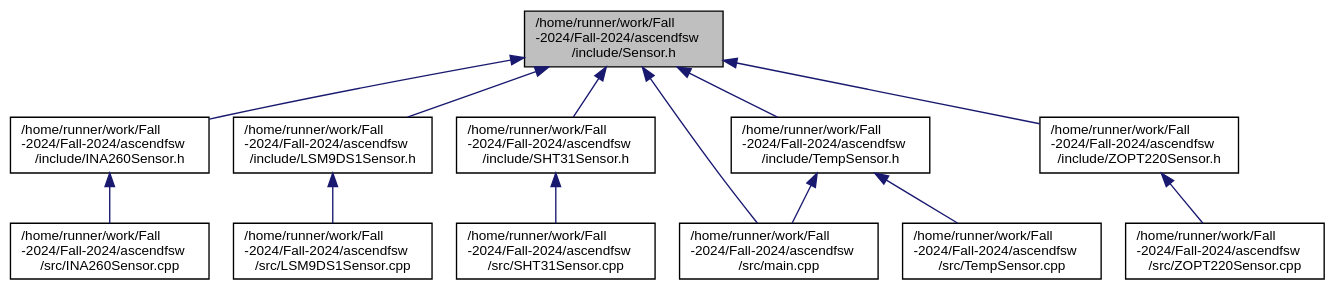
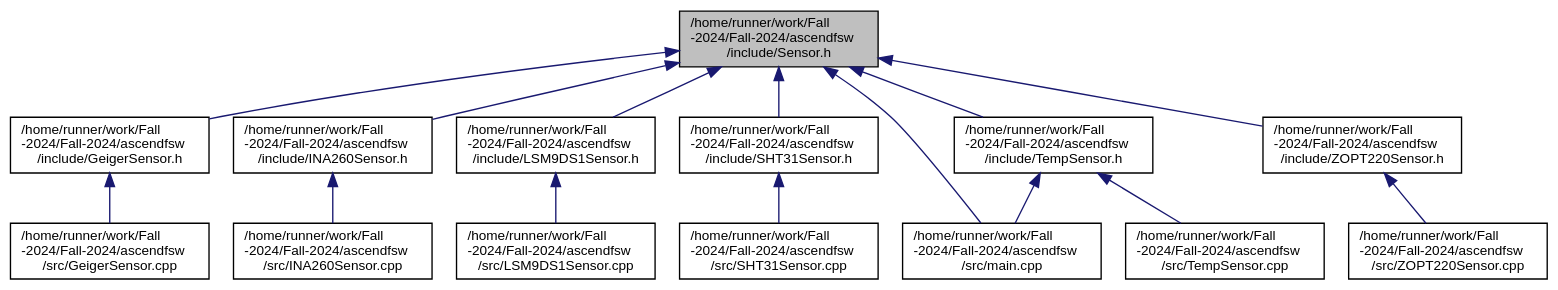
The diagram in docs/Sensor_8h__dep__incl.dot (ASU-ASCEND/Fall-2024), drawn with Graphviz before and after one commit. The commit also changed 78 other files, not shown here.

```diff
--- a/docs/Sensor_8h__dep__incl.dot
+++ b/docs/Sensor_8h__dep__incl.dot
@@ -1,32 +1,36 @@
 digraph "/home/runner/work/Fall-2024/Fall-2024/ascendfsw/include/Sensor.h"
 {
  // INTERACTIVE_SVG=YES
  // LATEX_PDF_SIZE
   bgcolor="transparent";
   edge [fontname="Helvetica",fontsize="10",labelfontname="Helvetica",labelfontsize="10"];
   node [fontname="Helvetica",fontsize="10",shape=record];
   Node1 [label="/home/runner/work/Fall\l-2024/Fall-2024/ascendfsw\l/include/Sensor.h",height=0.2,width=0.4,color="black", fillcolor="grey75", style="filled", fontcolor="black",tooltip=" "];
   Node1 -> Node2 [dir="back",color="midnightblue",fontsize="10",style="solid",fontname="Helvetica"];
-  Node2 [label="/home/runner/work/Fall\l-2024/Fall-2024/ascendfsw\l/include/INA260Sensor.h",height=0.2,width=0.4,color="black",URL="$INA260Sensor_8h.html",tooltip=" "];
+  Node2 [label="/home/runner/work/Fall\l-2024/Fall-2024/ascendfsw\l/include/GeigerSensor.h",height=0.2,width=0.4,color="black",URL="$GeigerSensor_8h.html",tooltip=" "];
   Node2 -> Node3 [dir="back",color="midnightblue",fontsize="10",style="solid",fontname="Helvetica"];
-  Node3 [label="/home/runner/work/Fall\l-2024/Fall-2024/ascendfsw\l/src/INA260Sensor.cpp",height=0.2,width=0.4,color="black",URL="$INA260Sensor_8cpp.html",tooltip=" "];
+  Node3 [label="/home/runner/work/Fall\l-2024/Fall-2024/ascendfsw\l/src/GeigerSensor.cpp",height=0.2,width=0.4,color="black",URL="$GeigerSensor_8cpp.html",tooltip=" "];
   Node1 -> Node4 [dir="back",color="midnightblue",fontsize="10",style="solid",fontname="Helvetica"];
-  Node4 [label="/home/runner/work/Fall\l-2024/Fall-2024/ascendfsw\l/include/LSM9DS1Sensor.h",height=0.2,width=0.4,color="black",URL="$LSM9DS1Sensor_8h.html",tooltip=" "];
+  Node4 [label="/home/runner/work/Fall\l-2024/Fall-2024/ascendfsw\l/include/INA260Sensor.h",height=0.2,width=0.4,color="black",URL="$INA260Sensor_8h.html",tooltip=" "];
   Node4 -> Node5 [dir="back",color="midnightblue",fontsize="10",style="solid",fontname="Helvetica"];
-  Node5 [label="/home/runner/work/Fall\l-2024/Fall-2024/ascendfsw\l/src/LSM9DS1Sensor.cpp",height=0.2,width=0.4,color="black",URL="$LSM9DS1Sensor_8cpp.html",tooltip=" "];
+  Node5 [label="/home/runner/work/Fall\l-2024/Fall-2024/ascendfsw\l/src/INA260Sensor.cpp",height=0.2,width=0.4,color="black",URL="$INA260Sensor_8cpp.html",tooltip=" "];
   Node1 -> Node6 [dir="back",color="midnightblue",fontsize="10",style="solid",fontname="Helvetica"];
-  Node6 [label="/home/runner/work/Fall\l-2024/Fall-2024/ascendfsw\l/include/SHT31Sensor.h",height=0.2,width=0.4,color="black",URL="$SHT31Sensor_8h.html",tooltip=" "];
+  Node6 [label="/home/runner/work/Fall\l-2024/Fall-2024/ascendfsw\l/include/LSM9DS1Sensor.h",height=0.2,width=0.4,color="black",URL="$LSM9DS1Sensor_8h.html",tooltip=" "];
   Node6 -> Node7 [dir="back",color="midnightblue",fontsize="10",style="solid",fontname="Helvetica"];
-  Node7 [label="/home/runner/work/Fall\l-2024/Fall-2024/ascendfsw\l/src/SHT31Sensor.cpp",height=0.2,width=0.4,color="black",URL="$SHT31Sensor_8cpp.html",tooltip=" "];
+  Node7 [label="/home/runner/work/Fall\l-2024/Fall-2024/ascendfsw\l/src/LSM9DS1Sensor.cpp",height=0.2,width=0.4,color="black",URL="$LSM9DS1Sensor_8cpp.html",tooltip=" "];
   Node1 -> Node8 [dir="back",color="midnightblue",fontsize="10",style="solid",fontname="Helvetica"];
-  Node8 [label="/home/runner/work/Fall\l-2024/Fall-2024/ascendfsw\l/include/TempSensor.h",height=0.2,width=0.4,color="black",URL="$TempSensor_8h.html",tooltip=" "];
+  Node8 [label="/home/runner/work/Fall\l-2024/Fall-2024/ascendfsw\l/include/SHT31Sensor.h",height=0.2,width=0.4,color="black",URL="$SHT31Sensor_8h.html",tooltip=" "];
   Node8 -> Node9 [dir="back",color="midnightblue",fontsize="10",style="solid",fontname="Helvetica"];
-  Node9 [label="/home/runner/work/Fall\l-2024/Fall-2024/ascendfsw\l/src/main.cpp",height=0.2,width=0.4,color="black",URL="$main_8cpp.html",tooltip=" "];
-  Node8 -> Node10 [dir="back",color="midnightblue",fontsize="10",style="solid",fontname="Helvetica"];
-  Node10 [label="/home/runner/work/Fall\l-2024/Fall-2024/ascendfsw\l/src/TempSensor.cpp",height=0.2,width=0.4,color="black",URL="$TempSensor_8cpp.html",tooltip=" "];
+  Node9 [label="/home/runner/work/Fall\l-2024/Fall-2024/ascendfsw\l/src/SHT31Sensor.cpp",height=0.2,width=0.4,color="black",URL="$SHT31Sensor_8cpp.html",tooltip=" "];
+  Node1 -> Node10 [dir="back",color="midnightblue",fontsize="10",style="solid",fontname="Helvetica"];
+  Node10 [label="/home/runner/work/Fall\l-2024/Fall-2024/ascendfsw\l/include/TempSensor.h",height=0.2,width=0.4,color="black",URL="$TempSensor_8h.html",tooltip=" "];
+  Node10 -> Node11 [dir="back",color="midnightblue",fontsize="10",style="solid",fontname="Helvetica"];
+  Node11 [label="/home/runner/work/Fall\l-2024/Fall-2024/ascendfsw\l/src/main.cpp",height=0.2,width=0.4,color="black",URL="$main_8cpp.html",tooltip=" "];
+  Node10 -> Node12 [dir="back",color="midnightblue",fontsize="10",style="solid",fontname="Helvetica"];
+  Node12 [label="/home/runner/work/Fall\l-2024/Fall-2024/ascendfsw\l/src/TempSensor.cpp",height=0.2,width=0.4,color="black",URL="$TempSensor_8cpp.html",tooltip=" "];
+  Node1 -> Node13 [dir="back",color="midnightblue",fontsize="10",style="solid",fontname="Helvetica"];
+  Node13 [label="/home/runner/work/Fall\l-2024/Fall-2024/ascendfsw\l/include/ZOPT220Sensor.h",height=0.2,width=0.4,color="black",URL="$ZOPT220Sensor_8h.html",tooltip=" "];
+  Node13 -> Node14 [dir="back",color="midnightblue",fontsize="10",style="solid",fontname="Helvetica"];
+  Node14 [label="/home/runner/work/Fall\l-2024/Fall-2024/ascendfsw\l/src/ZOPT220Sensor.cpp",height=0.2,width=0.4,color="black",URL="$ZOPT220Sensor_8cpp.html",tooltip=" "];
   Node1 -> Node11 [dir="back",color="midnightblue",fontsize="10",style="solid",fontname="Helvetica"];
-  Node11 [label="/home/runner/work/Fall\l-2024/Fall-2024/ascendfsw\l/include/ZOPT220Sensor.h",height=0.2,width=0.4,color="black",URL="$ZOPT220Sensor_8h.html",tooltip=" "];
-  Node11 -> Node12 [dir="back",color="midnightblue",fontsize="10",style="solid",fontname="Helvetica"];
-  Node12 [label="/home/runner/work/Fall\l-2024/Fall-2024/ascendfsw\l/src/ZOPT220Sensor.cpp",height=0.2,width=0.4,color="black",URL="$ZOPT220Sensor_8cpp.html",tooltip=" "];
-  Node1 -> Node9 [dir="back",color="midnightblue",fontsize="10",style="solid",fontname="Helvetica"];
 }
```
